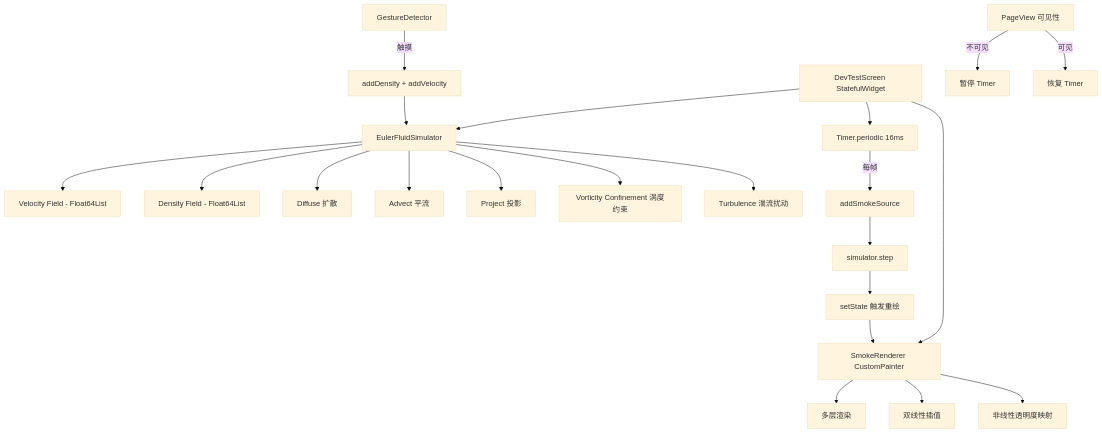
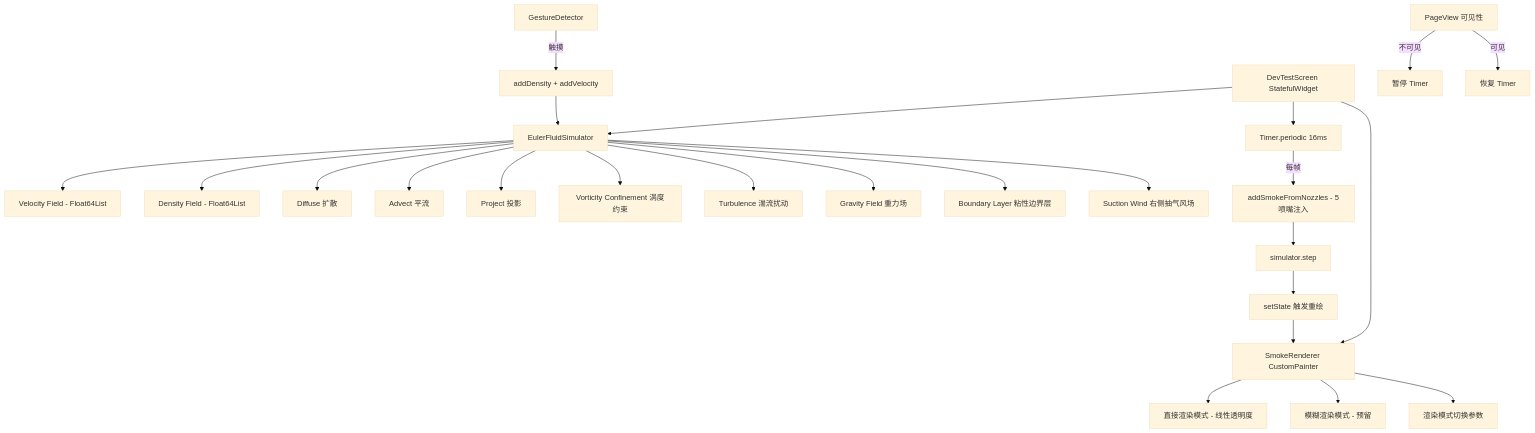
One commit to SunnyKlara/RideWind changed the diagram in RideWind/.kiro/specs/realistic-smoke-effect/design.md. Above: the diagram before and after it, drawn with Mermaid (base theme). The commit also changed other lines of this file and 58 other files, not shown here.

````diff
--- a/RideWind/.kiro/specs/realistic-smoke-effect/design.md
+++ b/RideWind/.kiro/specs/realistic-smoke-effect/design.md
@@ -17,29 +16,32 @@
 ```mermaid
 graph TD
     A[DevTestScreen StatefulWidget] --> B[EulerFluidSimulator]
     A --> C[SmokeRenderer CustomPainter]
     A --> D[Timer.periodic 16ms]
-    
+
     B --> B1[Velocity Field - Float64List]
     B --> B2[Density Field - Float64List]
     B --> B3[Diffuse 扩散]
     B --> B4[Advect 平流]
     B --> B5[Project 投影]
     B --> B6[Vorticity Confinement 涡度约束]
     B --> B7[Turbulence 湍流扰动]
-    
-    C --> C1[多层渲染]
-    C --> C2[双线性插值]
-    C --> C3[非线性透明度映射]
-    
-    D -->|每帧| E[addSmokeSource]
+    B --> B8[Gravity Field 重力场]
+    B --> B9[Boundary Layer 粘性边界层]
+    B --> B10[Suction Wind 右侧抽气风场]
+
+    C --> C1[直接渲染模式 - 线性透明度]
+    C --> C2[模糊渲染模式 - 预留]
+    C --> C3[渲染模式切换参数]
+
+    D -->|每帧| E[addSmokeFromNozzles - 5喷嘴注入]
     E --> F[simulator.step]
     F --> G[setState 触发重绘]
     G --> C
-    
+
     H[GestureDetector] -->|触摸| I[addDensity + addVelocity]
     I --> B
-    
+
     J[PageView 可见性] -->|不可见| K[暂停 Timer]
     J -->|可见| L[恢复 Timer]
 ```
````
